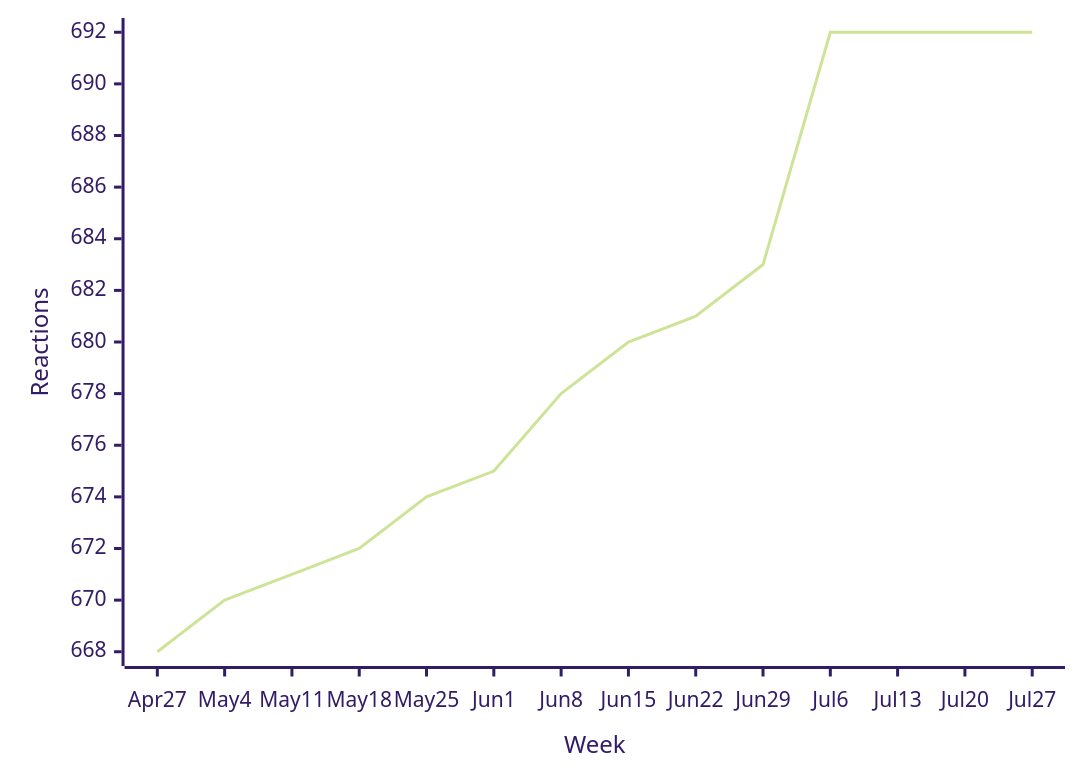
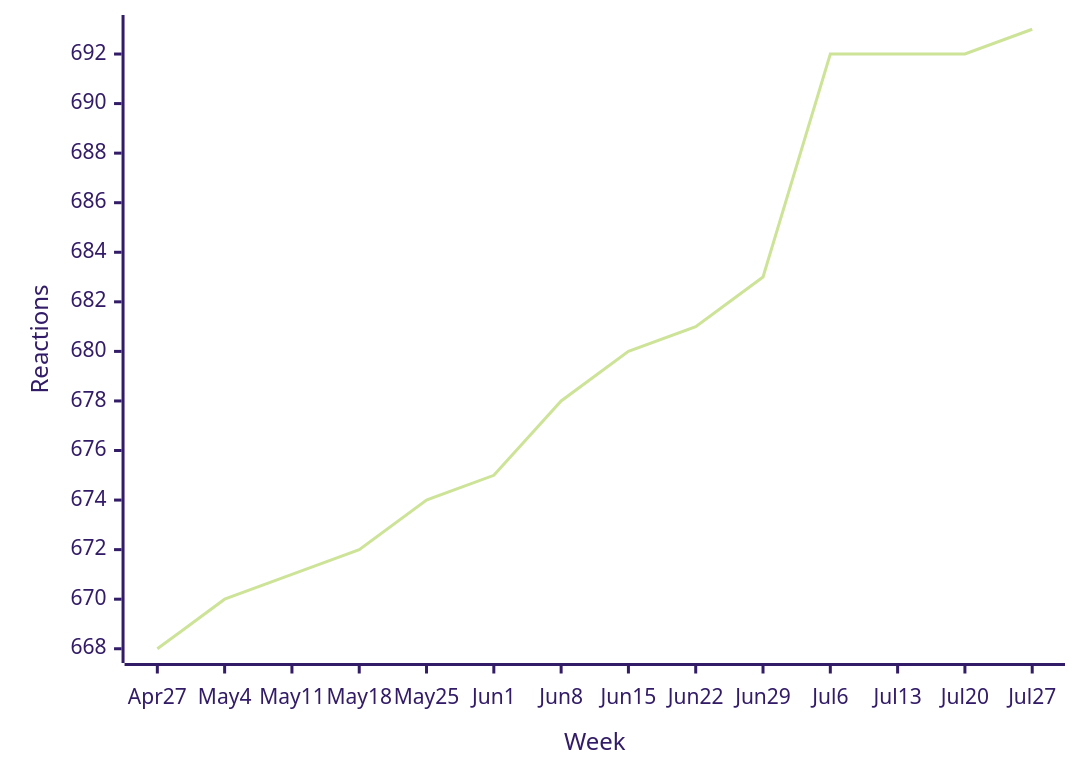
The fourth of 46 diagrams in README.md (loic-sharma/github-insights), drawn with Mermaid (forest theme) before and after one commit. The commit also changed other lines of this file and 3 other files, not shown here.

````diff
--- a/README.md
+++ b/README.md
@@ -390,6 +390,6 @@
   ```mermaid
   xychart-beta
     x-axis "Week" [Apr 27, May 4, May 11, May 18, May 25, Jun 1, Jun 8, Jun 15, Jun 22, Jun 29, Jul 6, Jul 13, Jul 20, Jul 27]
     y-axis "Reactions"
-    line [668, 670, 671, 672, 674, 675, 678, 680, 681, 683, 692, 692, 692, 692]
+    line [668, 670, 671, 672, 674, 675, 678, 680, 681, 683, 692, 692, 692, 693]
   ```
````
